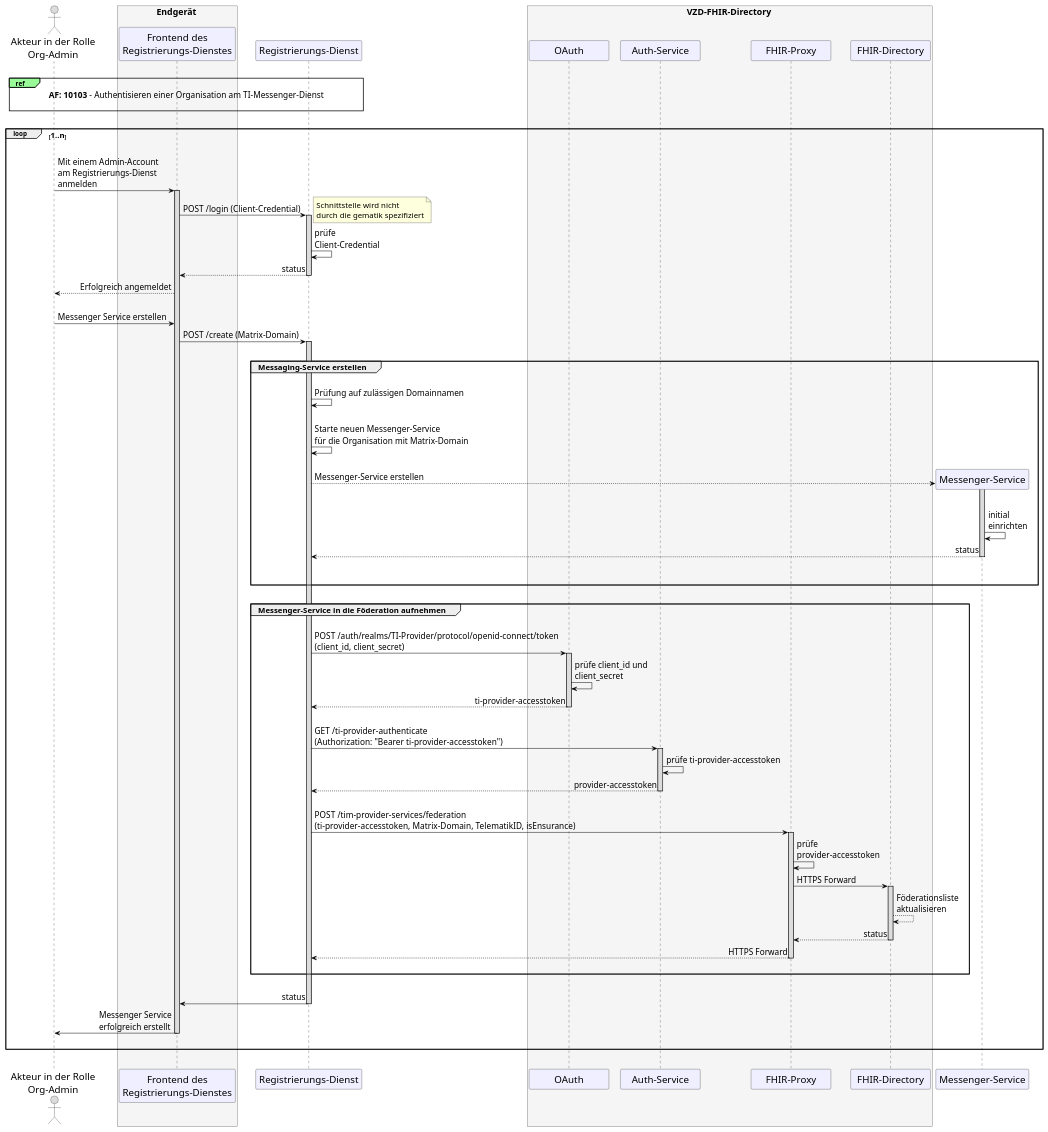
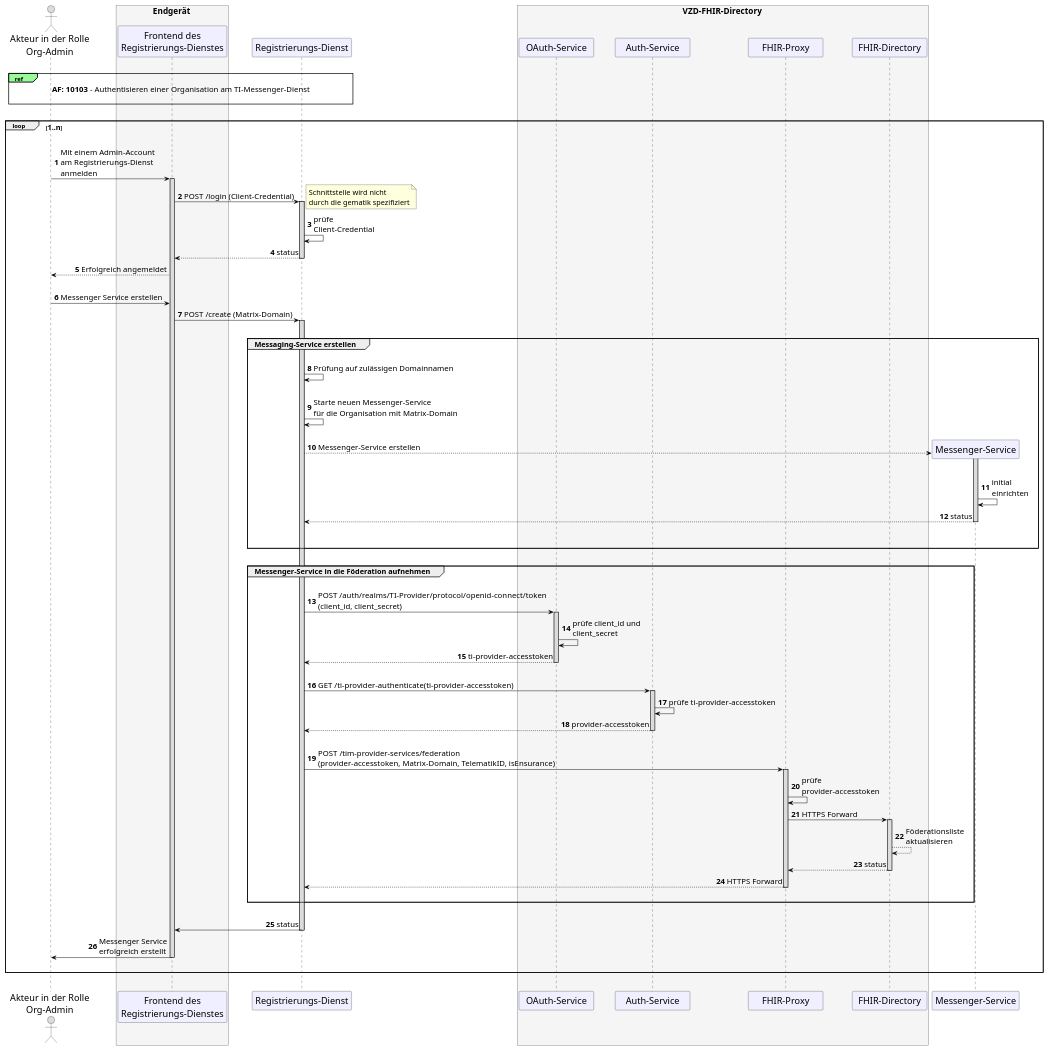
The diagram in src/plantuml/TI-Messenger-Dienst/Ressourcen/UC_10060_Seq.puml (gematik/api-ti-messenger), drawn with PlantUML before and after one commit. The commit also changed 2 other files, not shown here.

Commit message:
fixed token name and operation parameter

```diff
--- a/src/plantuml/TI-Messenger-Dienst/Ressourcen/UC_10060_Seq.puml
+++ b/src/plantuml/TI-Messenger-Dienst/Ressourcen/UC_10060_Seq.puml
@@ -9,117 +9,118 @@
 @startuml
 skinparam sequenceMessageAlign direction
 skinparam WrapWidth 300
 skinparam minClassWidth 150
 skinparam BoxPadding 1
 skinparam sequenceReferenceHeaderBackgroundColor palegreen
 scale max 2048 width
 
 skinparam sequence {
 ArrowColor black
 ArrowFontSize 17
 ActorBorderColor black
 LifeLineBorderColor black
 LifeLineBackgroundColor Gainsboro
 
 ParticipantBorderColor Motivation
 ParticipantBackgroundColor Motivation
-ParticipantFontName Impact
 ParticipantFontSize 20
 ParticipantFontColor black
 ParticipantBorderColor Black
 ParticipantBackgroundColor MOTIVATION
 
 ActorBackgroundColor Gainsboro
 ActorFontColor black
 ActorFontSize 20
-ActorFontName Aapex
 }
+
+autonumber
+
     actor U as "Akteur in der Rolle\nOrg-Admin"
     box <size:18>Endgerät</size> #WhiteSmoke
       participant C as "Frontend des\nRegistrierungs-Dienstes"
     end box
     participant R as "Registrierungs-Dienst"
     box <size:18>VZD-FHIR-Directory</size> #WhiteSmoke
-    participant Auth as "OAuth"
+    participant Auth as "OAuth-Service"
     participant AuthService as "Auth-Service"
     participant FP as "FHIR-Proxy"
     participant VZD as "FHIR-Directory"
     end box
 
 |||
 ref over U, R: <size:17>**AF: 10103** - Authentisieren einer Organisation am TI-Messenger-Dienst</size>\n 
 |||
 
 loop <size:16>1..n</size>
   |||
   U->C: Mit einem Admin-Account \nam Registrierungs-Dienst \nanmelden
     Activate C
   C->R: POST /login (Client-Credential)
   note right: <size:16>Schnittstelle wird nicht \n<size:16>durch die gematik spezifiziert</size>
     Activate R
   R->R: prüfe \nClient-Credential
   R-->C: status
     Deactivate R
   C-->U: Erfolgreich angemeldet
   |||
   U->C: Messenger Service erstellen
   C->R: POST /create (Matrix-Domain)
     Activate R
     
     |||
     group <size:16>Messaging-Service erstellen</size>
     |||
       R->R: Prüfung auf zulässigen Domainnamen
       |||
       R->R: Starte neuen Messenger-Service \nfür die Organisation mit Matrix-Domain
       |||
         create "Messenger-Service"
           R-->"Messenger-Service" : Messenger-Service erstellen 
         Activate "Messenger-Service"
       |||
       "Messenger-Service"->"Messenger-Service": initial \neinrichten
       "Messenger-Service"-->R: status
       |||
         Deactivate "Messenger-Service"
     |||
     end
     
     |||
     
     group <size:16>Messenger-Service in die Föderation aufnehmen</size>
     |||
       R->Auth: POST /auth/realms/TI-Provider/protocol/openid-connect/token \n(client_id, client_secret) 
         Activate Auth
       Auth->Auth: prüfe client_id und \nclient_secret
       Auth-->R: ti-provider-accesstoken
         Deactivate Auth
       |||
-      R->AuthService: GET /ti-provider-authenticate \n(Authorization: "Bearer ti-provider-accesstoken")
+      R->AuthService: GET /ti-provider-authenticate(ti-provider-accesstoken)
         Activate AuthService
       AuthService->AuthService: prüfe ti-provider-accesstoken
       AuthService-->R: provider-accesstoken
         Deactivate AuthService
       |||
-      R->FP: POST /tim-provider-services/federation \n(ti-provider-accesstoken, Matrix-Domain, TelematikID, isEnsurance)
+      R->FP: POST /tim-provider-services/federation \n(provider-accesstoken, Matrix-Domain, TelematikID, isEnsurance)
         Activate FP
       FP->FP: prüfe \nprovider-accesstoken
       FP->VZD: HTTPS Forward
         Activate VZD
       VZD-->VZD: Föderationsliste\naktualisieren
       VZD-->FP: status
         Deactivate VZD
       FP-->R: HTTPS Forward
         Deactivate FP
 
     |||
     end
 
   |||
   R->C: status
     Deactivate R
   C->U: Messenger Service \nerfolgreich erstellt
     Deactivate C
   |||
 end
 |||
 @enduml
```
